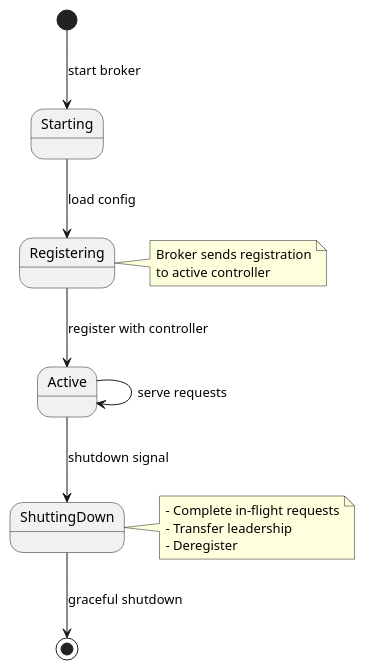
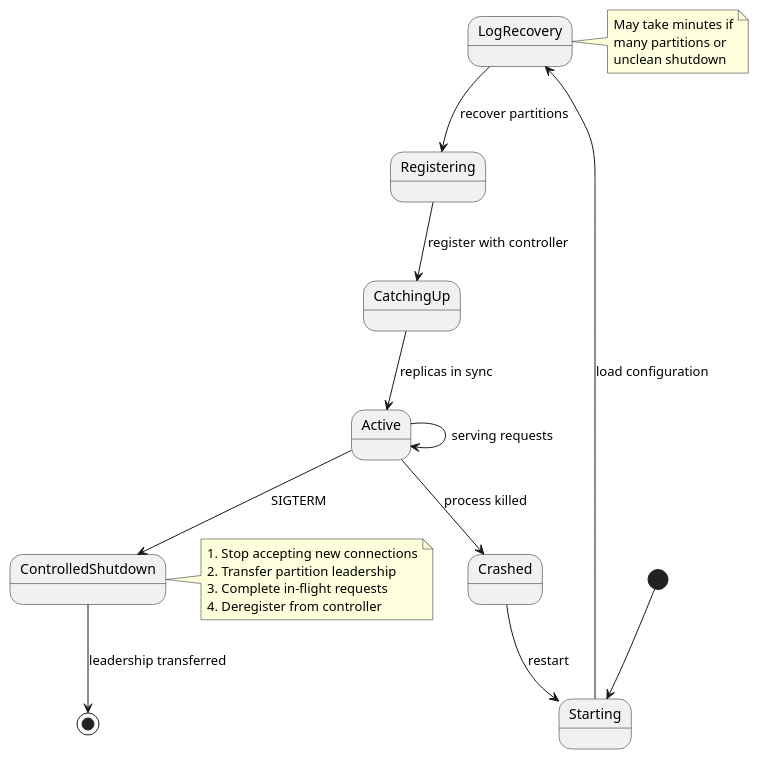
Before and after one commit to axonops/documentation: the fourth of 4 diagrams in docs/data-platforms/kafka/architecture/brokers/index.md, drawn with PlantUML. The commit also changed other lines of this file and 2 other files, not shown here.

First line of the commit message:
Add comprehensive Kafka broker internals documentation

````diff
--- a/docs/data-platforms/kafka/architecture/brokers/index.md
+++ b/docs/data-platforms/kafka/architecture/brokers/index.md
@@ -190,25 +173,34 @@
 ```plantuml
 @startuml
+skinparam backgroundColor transparent
 
-[*] --> Starting : start broker
+[*] --> Starting
 
-Starting --> Registering : load config
-Registering --> Active : register with controller
-Active --> Active : serve requests
+Starting --> LogRecovery : load configuration
+LogRecovery --> Registering : recover partitions
+Registering --> CatchingUp : register with controller
+CatchingUp --> Active : replicas in sync
 
-Active --> ShuttingDown : shutdown signal
-ShuttingDown --> [*] : graceful shutdown
+Active --> Active : serving requests
 
-note right of Registering
-  Broker sends registration
-  to active controller
+Active --> ControlledShutdown : SIGTERM
+ControlledShutdown --> [*] : leadership transferred
+
+Active --> Crashed : process killed
+Crashed --> Starting : restart
+
+note right of LogRecovery
+  May take minutes if
+  many partitions or
+  unclean shutdown
 end note
 
-note right of ShuttingDown
-  - Complete in-flight requests
-  - Transfer leadership
-  - Deregister
+note right of ControlledShutdown
+  1. Stop accepting new connections
+  2. Transfer partition leadership
+  3. Complete in-flight requests
+  4. Deregister from controller
 end note
 
 @enduml
 ```
````
